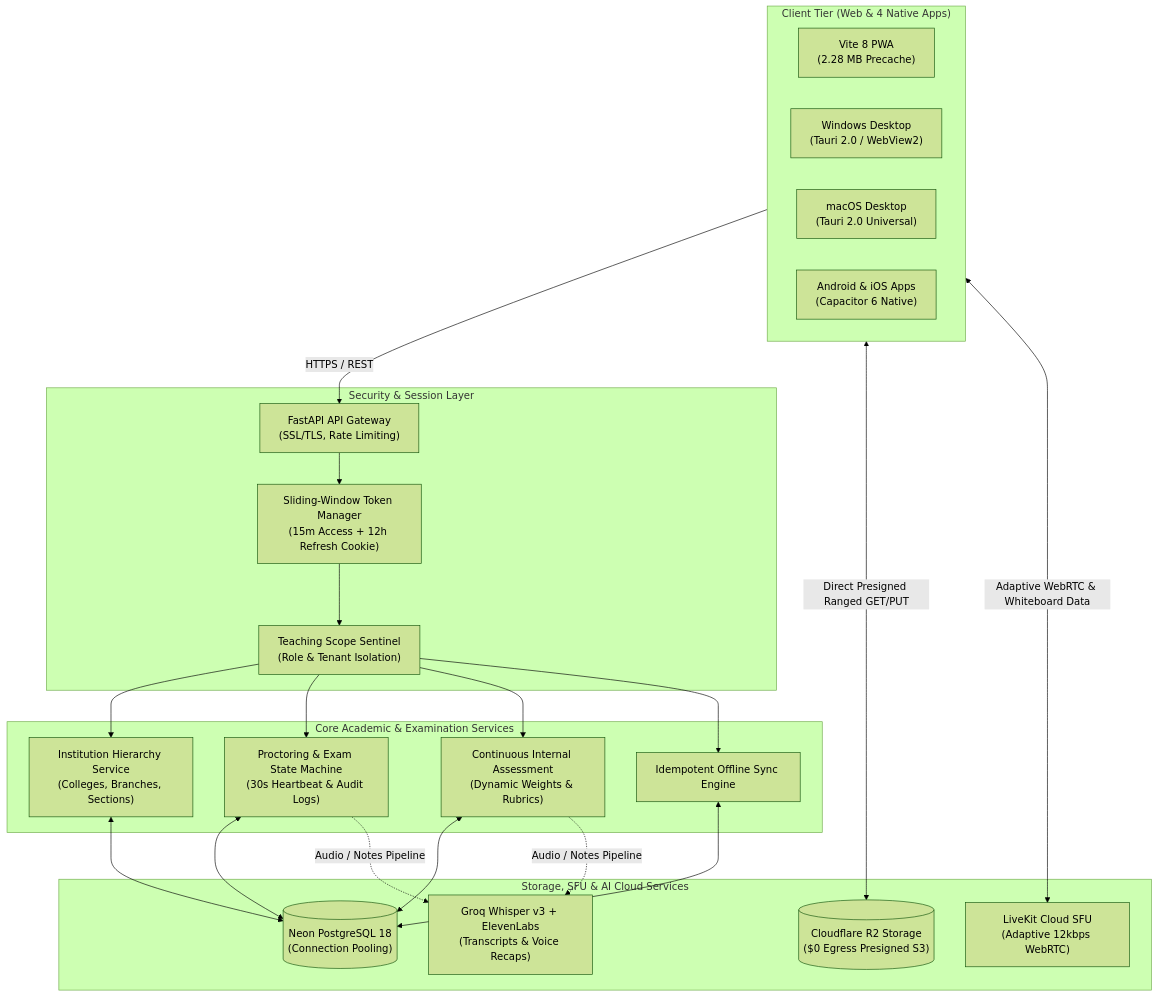
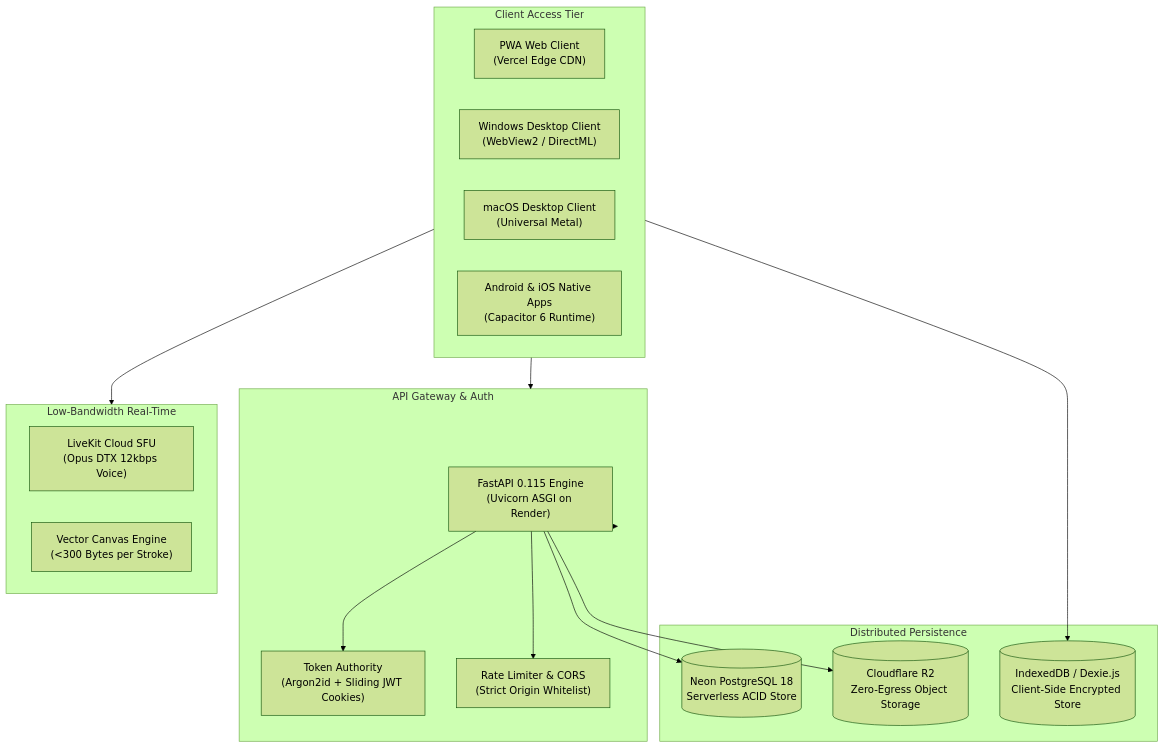
The diagram in README.md (yynvr1408/LanternEd), drawn with Mermaid (forest theme) before and after one commit. The commit also changed other lines of this file and 16 other files, not shown here.

Commit message:
feat(ux): pin fixed console sidebar navigation, responsive bandwidth controller, 3.5min master walkthrough, and rich 24hr timeline README

````diff
--- a/README.md
+++ b/README.md
@@ -149,38 +142,35 @@
 ```mermaid
 flowchart TD
-    subgraph CLIENTS["Client Tier (Web & 4 Native Apps)"]
-        WEB["Vite 8 PWA<br/>(2.28 MB Precache)"]
-        WIN["Windows Desktop<br/>(Tauri 2.0 / WebView2)"]
-        MAC["macOS Desktop<br/>(Tauri 2.0 Universal)"]
-        MOB["Android & iOS Apps<br/>(Capacitor 6 Native)"]
+    subgraph CLIENTS["Client Access Tier"]
+        WEB["PWA Web Client<br/>(Vercel Edge CDN)"]
+        WIN["Windows Desktop Client<br/>(WebView2 / DirectML)"]
+        MAC["macOS Desktop Client<br/>(Universal Metal)"]
+        MOB["Android & iOS Native Apps<br/>(Capacitor 6 Runtime)"]
     end
 
-    subgraph SECURITY["Security & Session Layer"]
-        GATEWAY["FastAPI API Gateway<br/>(SSL/TLS, Rate Limiting)"]
-        AUTH["Sliding-Window Token Manager<br/>(15m Access + 12h Refresh Cookie)"]
-        RBAC["Teaching Scope Sentinel<br/>(Role & Tenant Isolation)"]
+    subgraph INGRESS["API Gateway & Auth"]
+        FASTAPI["FastAPI 0.115 Engine<br/>(Uvicorn ASGI on Render)"]
+        AUTH["Token Authority<br/>(Argon2id + Sliding JWT Cookies)"]
+        RATE["Rate Limiter & CORS<br/>(Strict Origin Whitelist)"]
     end
 
-    subgraph ENGINE["Core Academic & Examination Services"]
-        INST_SVC["Institution Hierarchy Service<br/>(Colleges, Branches, Sections)"]
-        EXAM_SVC["Proctoring & Exam State Machine<br/>(30s Heartbeat & Audit Logs)"]
-        GRADE_SVC["Continuous Internal Assessment<br/>(Dynamic Weights & Rubrics)"]
-        SYNC_SVC["Idempotent Offline Sync Engine"]
+    subgraph DATA["Distributed Persistence"]
+        DB[(Neon PostgreSQL 18<br/>Serverless ACID Store)]
+        R2[(Cloudflare R2<br/>Zero-Egress Object Storage)]
+        LOCAL[(IndexedDB / Dexie.js<br/>Client-Side Encrypted Store)]
     end
 
-    subgraph STORAGE["Storage, SFU & AI Cloud Services"]
-        POSTGRES[("Neon PostgreSQL 18<br/>(Connection Pooling)")]
-        R2[("Cloudflare R2 Storage<br/>($0 Egress Presigned S3)")]
-        LIVEKIT["LiveKit Cloud SFU<br/>(Adaptive 12kbps WebRTC)"]
-        AI_BUS["Groq Whisper v3 + ElevenLabs<br/>(Transcripts & Voice Recaps)"]
+    subgraph RTC["Low-Bandwidth Real-Time"]
+        LIVEKIT["LiveKit Cloud SFU<br/>(Opus DTX 12kbps Voice)"]
+        BOARD["Vector Canvas Engine<br/>(<300 Bytes per Stroke)"]
     end
 
-    CLIENTS -->|"HTTPS / REST"| GATEWAY
-    GATEWAY --> AUTH --> RBAC
-    RBAC --> INST_SVC & EXAM_SVC & GRADE_SVC & SYNC_SVC
-
-    INST_SVC & EXAM_SVC & GRADE_SVC & SYNC_SVC <--> POSTGRES
-    CLIENTS <-->|"Direct Presigned Ranged GET/PUT"| R2
-    CLIENTS <-->|"Adaptive WebRTC & Whiteboard Data"| LIVEKIT
-    EXAM_SVC & GRADE_SVC -.->|"Audio / Notes Pipeline"| AI_BUS
+    CLIENTS --> INGRESS
+    INGRESS --> FASTAPI
+    FASTAPI --> AUTH
+    FASTAPI --> RATE
+    FASTAPI --> DB
+    FASTAPI --> R2
+    CLIENTS --> LOCAL
+    CLIENTS --> RTC
 ```
````
